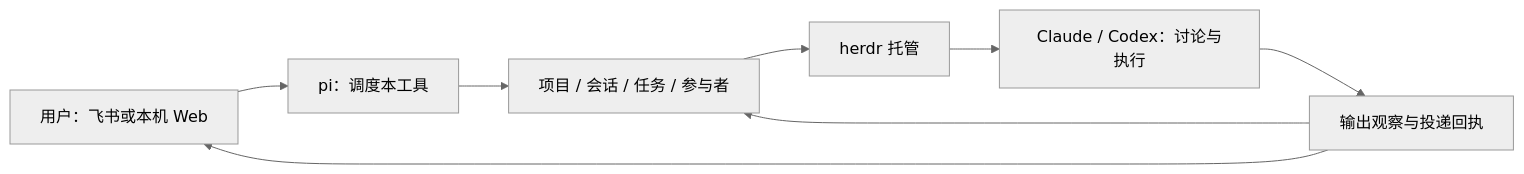
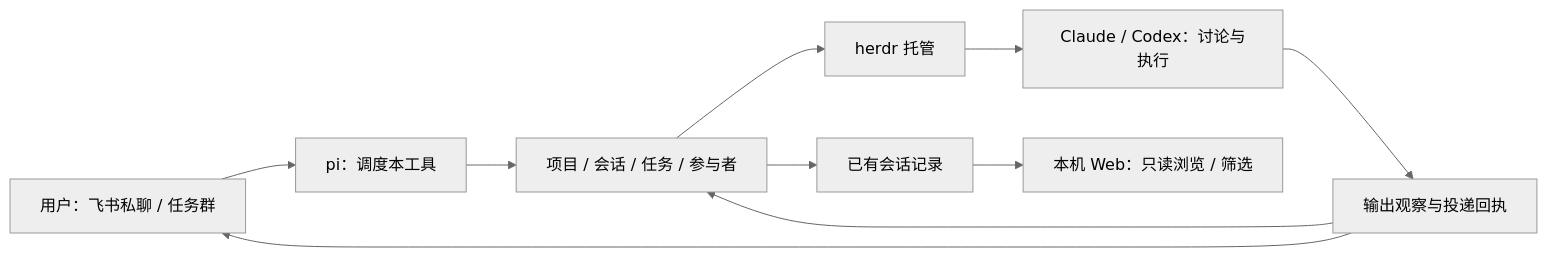
Before and after one commit to hewenyu/herdr-agent: the diagram in docs/current-business-scenarios.md, drawn with Mermaid (neutral theme). The commit also changed other lines of this file and 46 other files, not shown here.

````diff
--- a/docs/current-business-scenarios.md
+++ b/docs/current-business-scenarios.md
@@ -22,10 +26,12 @@
 ```mermaid
 flowchart LR
-    U[用户：飞书或本机 Web] --> P[pi：调度本工具]
+    U[用户：飞书私聊 / 任务群] --> P[pi：调度本工具]
     P --> T[项目 / 会话 / 任务 / 参与者]
     T --> H[herdr 托管]
     H --> A[Claude / Codex：讨论与执行]
     A --> O[输出观察与投递回执]
     O --> T
     O --> U
+    T --> R[已有会话记录]
+    R --> W[本机 Web：只读浏览 / 筛选]
 ```
````
